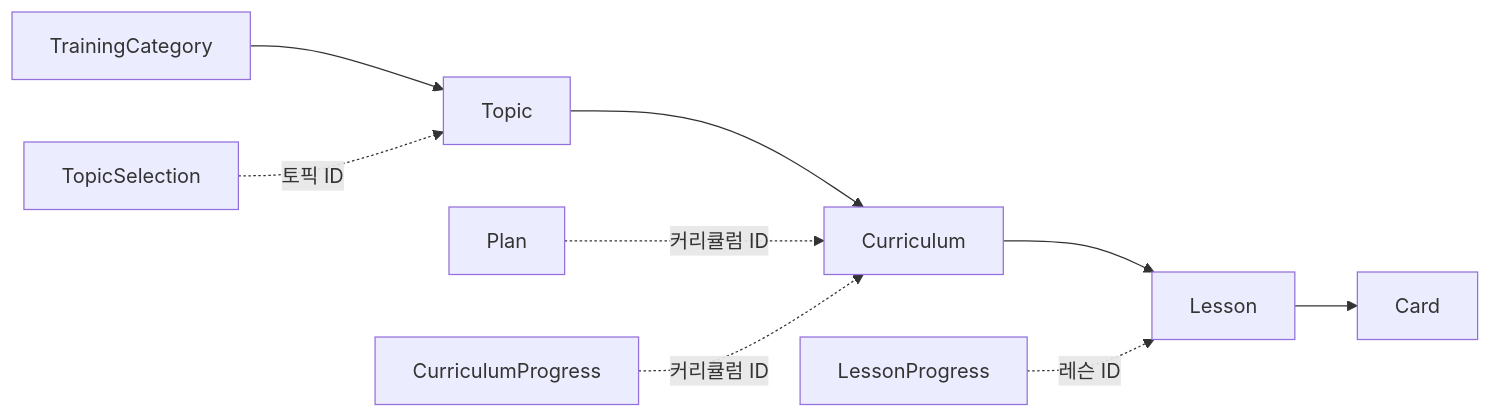
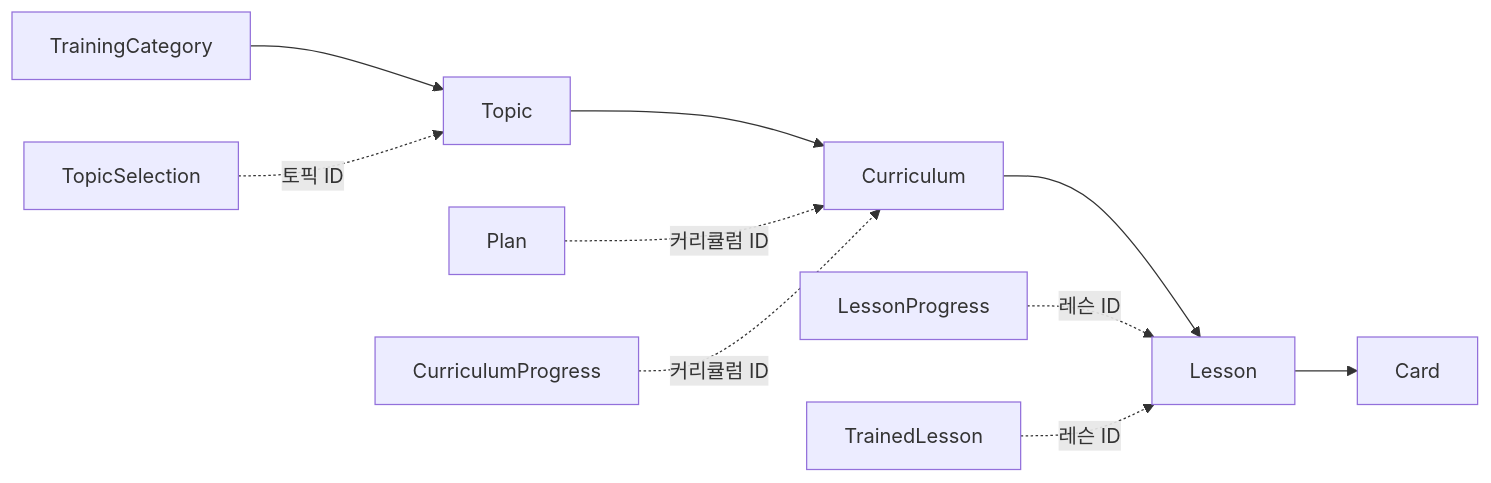
One commit to DaeSaBu/meongcoach-BE changed the diagram in docs/training.md. Above: the diagram before and after it, drawn with Mermaid. The commit also changed other lines of this file, not shown here.

````diff
--- a/docs/training.md
+++ b/docs/training.md
@@ -7,8 +7,9 @@
 ```mermaid
 flowchart LR
     TrainingCategory --> Topic --> Curriculum --> Lesson --> Card
     LessonProgress -. 레슨 ID .-> Lesson
     TopicSelection -. 토픽 ID .-> Topic
     Plan -. 커리큘럼 ID .-> Curriculum
     CurriculumProgress -. 커리큘럼 ID .-> Curriculum
+    TrainedLesson -. 레슨 ID .-> Lesson
 ```
````
